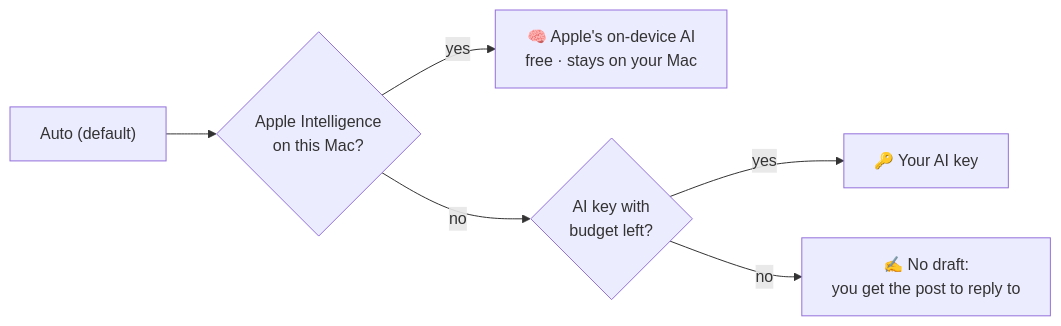
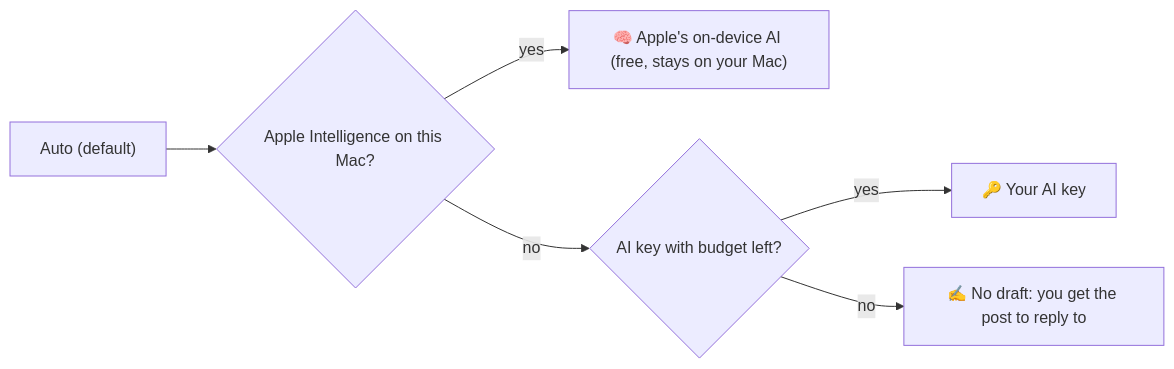
The diagram in docs/AI-AND-COSTS.md (priyevsingh/hmunmawi), drawn with Mermaid before and after one commit. The commit also changed other lines of this file and 4 other files, not shown here.

Commit message:
Docs: clearer Win / Worry / Next table; plain-text version before every flow diagram

````diff
--- a/docs/AI-AND-COSTS.md
+++ b/docs/AI-AND-COSTS.md
@@ -115,8 +123,8 @@
 ```mermaid
 flowchart LR
-    A["Auto (default)"] --> B{"Apple Intelligence<br/>on this Mac?"}
-    B -->|yes| C["🧠 Apple's on-device AI<br/>free · stays on your Mac"]
-    B -->|no| D{"AI key with<br/>budget left?"}
+    A["Auto (default)"] --> B{"Apple Intelligence on this Mac?"}
+    B -->|yes| C["🧠 Apple's on-device AI (free, stays on your Mac)"]
+    B -->|no| D{"AI key with budget left?"}
     D -->|yes| E["🔑 Your AI key"]
-    D -->|no| F["✍️ No draft:<br/>you get the post to reply to"]
+    D -->|no| F["✍️ No draft: you get the post to reply to"]
 ```
````
